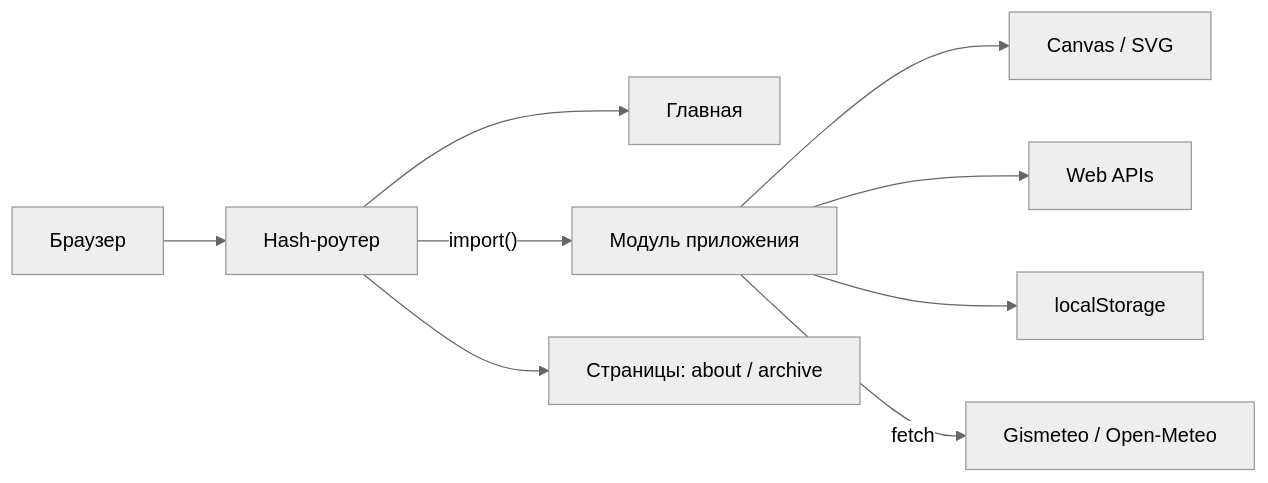
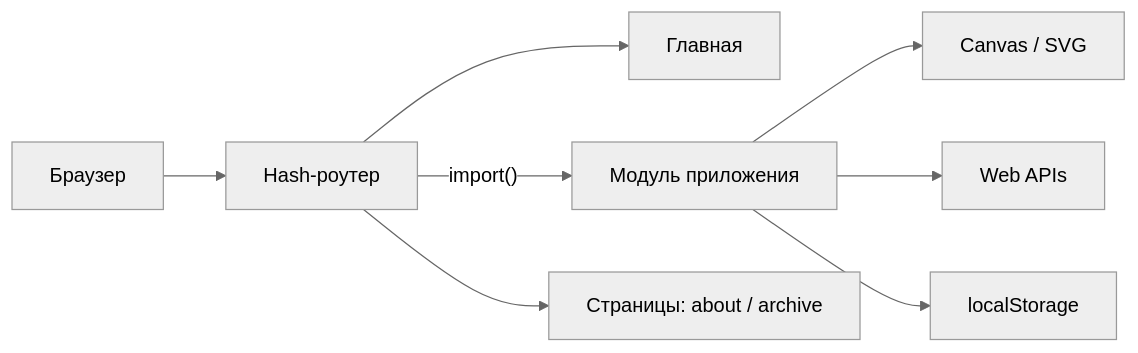
One commit to d1m40fficial/web-projects changed the diagram in README.md. Above: the diagram before and after it, drawn with Mermaid (neutral theme). The commit also changed other lines of this file and 39 other files, not shown here.

````diff
--- a/README.md
+++ b/README.md
@@ -95,11 +92,10 @@
 ```mermaid
 flowchart LR
   B[Браузер] --> R[Hash-роутер]
   R --> H[Главная]
   R -->|"import()"| A[Модуль приложения]
   A --> C[Canvas / SVG]
   A --> W[Web APIs]
   A --> L[localStorage]
-  A -->|fetch| O[Gismeteo / Open-Meteo]
   R --> P[Страницы: about / archive]
 ```
````
